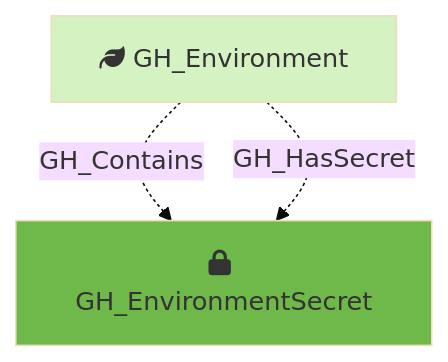
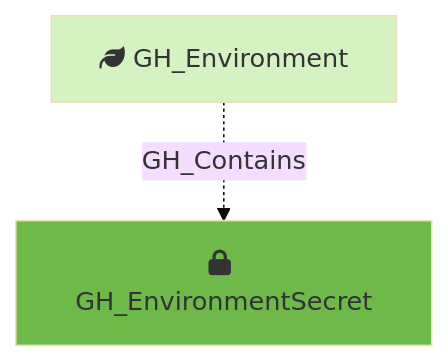
One commit to SpecterOps/GitHound changed the diagram in Documentation/Nodes/GH_EnvironmentSecret.md. Above: the diagram before and after it, drawn with Mermaid (base theme). The commit also changed other lines of this file and 20 other files, not shown here.

````diff
--- a/Documentation/Nodes/GH_EnvironmentSecret.md
+++ b/Documentation/Nodes/GH_EnvironmentSecret.md
@@ -36,11 +35,10 @@
 ```mermaid
 flowchart TD
     GH_Environment[fa:fa-leaf GH_Environment]
     GH_EnvironmentSecret[fa:fa-lock GH_EnvironmentSecret]
 
     style GH_Environment fill:#D5F2C2
     style GH_EnvironmentSecret fill:#6FB94A
 
     GH_Environment -.->|GH_Contains| GH_EnvironmentSecret
-    GH_Environment -.->|GH_HasSecret| GH_EnvironmentSecret
 ```
````
